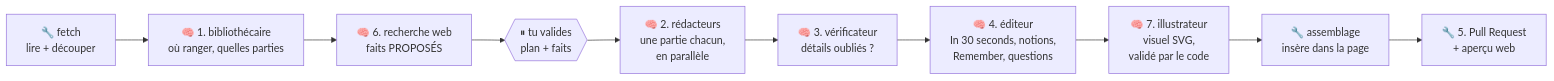
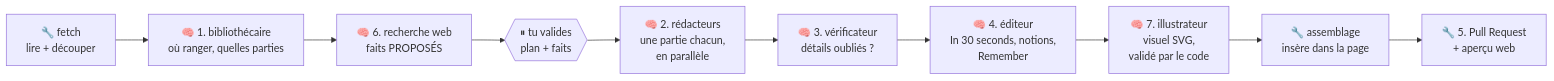
The second of 3 diagrams in agent/README.md (SalouaAifqui/carnet-ia), drawn with Mermaid before and after one commit. The commit also changed other lines of this file and 37 other files, not shown here.

````diff
--- a/agent/README.md
+++ b/agent/README.md
@@ -36,12 +36,12 @@
 ```mermaid
 flowchart LR
     F["🔧 fetch<br/>lire + découper"] --> L["🧠 1. bibliothécaire<br/>où ranger, quelles parties"]
     L --> R["🧠 6. recherche web<br/>faits PROPOSÉS"]
     R --> H{{"⏸ tu valides<br/>plan + faits"}}
     H --> W["🧠 2. rédacteurs<br/>une partie chacun,<br/>en parallèle"]
     W --> C["🧠 3. vérificateur<br/>détails oubliés ?"]
-    C --> E["🧠 4. éditeur<br/>In 30 seconds, notions,<br/>Remember, questions"]
+    C --> E["🧠 4. éditeur<br/>In 30 seconds, notions,<br/>Remember"]
     E --> I["🧠 7. illustrateur<br/>visuel SVG,<br/>validé par le code"]
     I --> M["🔧 assemblage<br/>insère dans la page"]
     M --> P["🔧 5. Pull Request<br/>+ aperçu web"]
 ```
````
